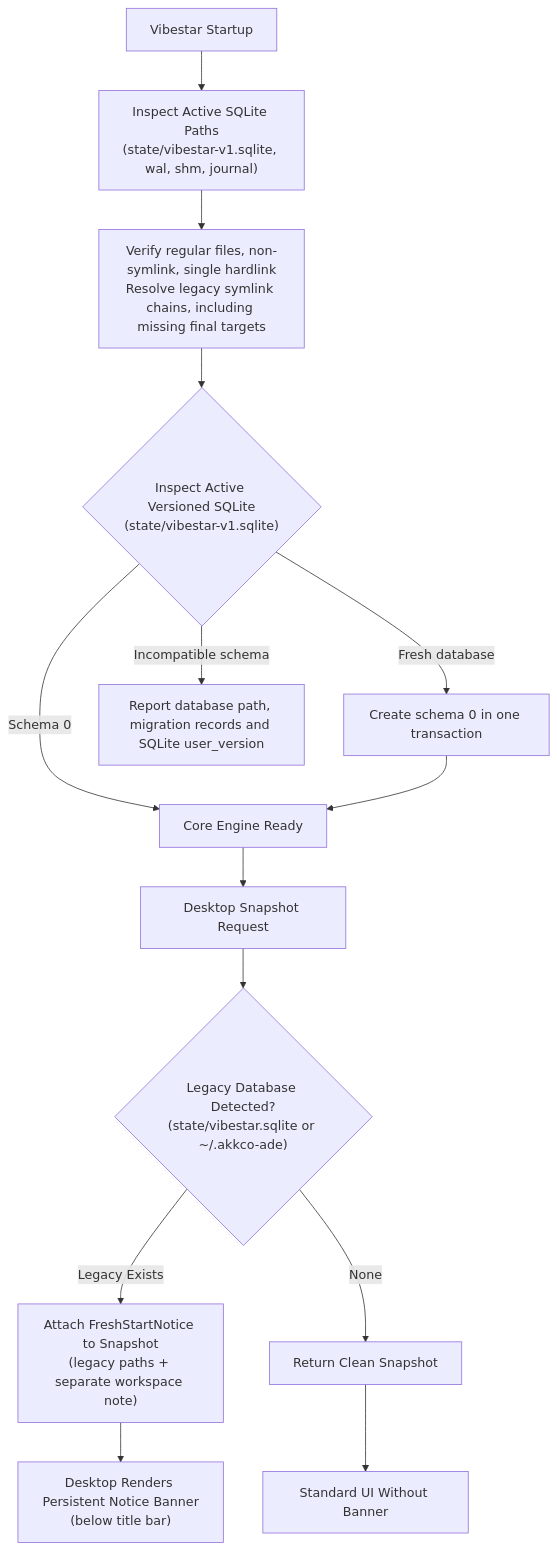
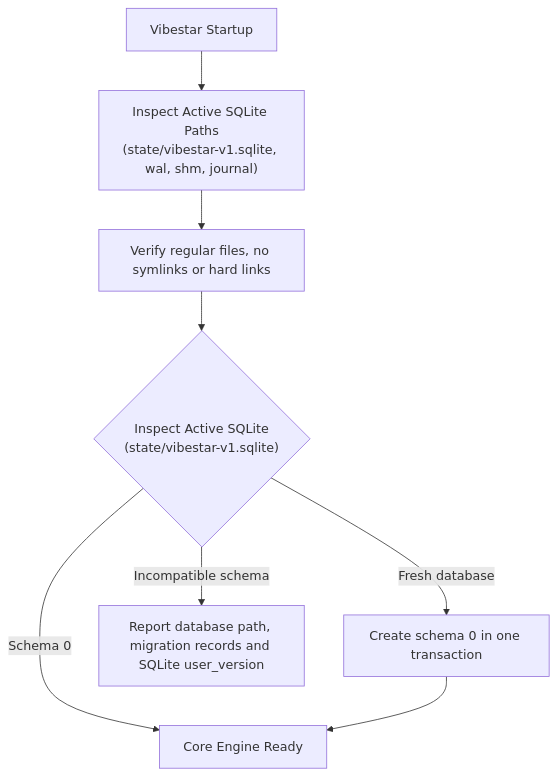
One commit to akshajrawat/akkco-vibestar changed the third of 3 diagrams in FEATUREMAP.md. Above: the diagram before and after it, drawn with Mermaid. The commit also changed 11 other files, not shown here.

````diff
--- a/FEATUREMAP.md
+++ b/FEATUREMAP.md
@@ -87,16 +87,10 @@
 ```mermaid
 flowchart TD
     Start["Vibestar Startup"] --> InspectActive["Inspect Active SQLite Paths\n(state/vibestar-v1.sqlite, wal, shm, journal)"]
-    InspectActive --> VerifyActive["Verify regular files, non-symlink, single hardlink\nResolve legacy symlink chains, including missing final targets"]
-    VerifyActive --> OpenActiveDB{"Inspect Active Versioned SQLite\n(state/vibestar-v1.sqlite)"}
+    InspectActive --> VerifyActive["Verify regular files, no symlinks or hard links"]
+    VerifyActive --> OpenActiveDB{"Inspect Active SQLite\n(state/vibestar-v1.sqlite)"}
     OpenActiveDB -- "Fresh database" --> SchemaZero["Create schema 0 in one transaction"]
     OpenActiveDB -- "Schema 0" --> CoreReady["Core Engine Ready"]
     OpenActiveDB -- "Incompatible schema" --> Stop["Report database path, migration records and SQLite user_version"]
     SchemaZero --> CoreReady
-    CoreReady --> SnapshotRPC["Desktop Snapshot Request"]
-    SnapshotRPC --> CheckLegacy{"Legacy Database Detected?\n(state/vibestar.sqlite or ~/.akkco-ade)"}
-    CheckLegacy -- "Legacy Exists" --> AttachNotice["Attach FreshStartNotice to Snapshot\n(legacy paths + separate workspace note)"]
-    CheckLegacy -- "None" --> CleanSnapshot["Return Clean Snapshot"]
-    AttachNotice --> RenderBanner["Desktop Renders Persistent Notice Banner\n(below title bar)"]
-    CleanSnapshot --> NormalUI["Standard UI Without Banner"]
 ```
````
